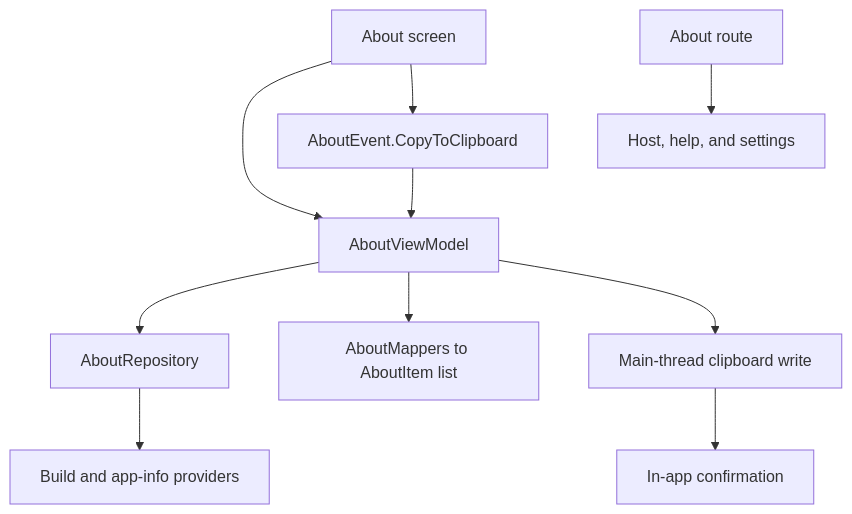
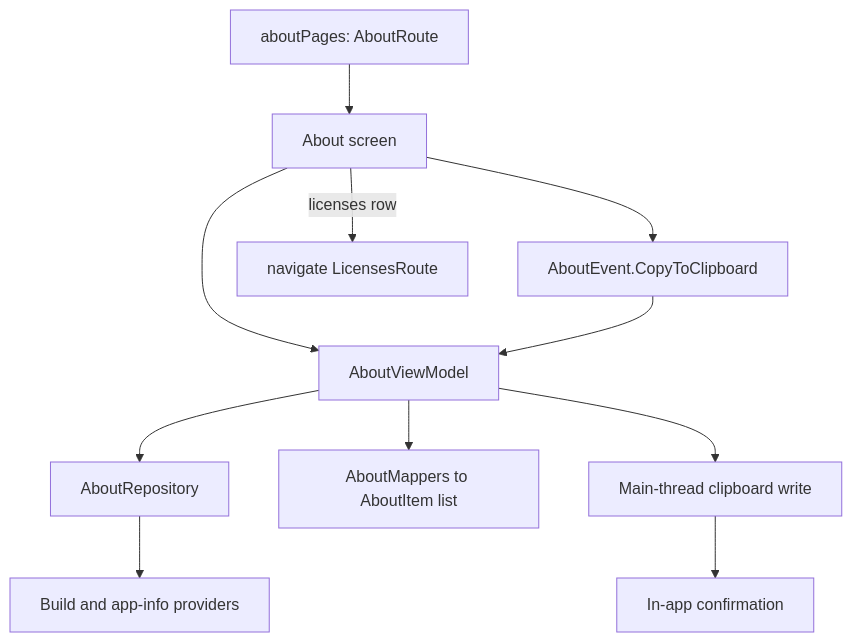
Before and after one commit to MihaiCristianCondrea/App-Toolkit-for-Android: the diagram in library/feature/about/README.md, drawn with Mermaid. The commit also changed other lines of this file and 84 other files, not shown here.

````diff
--- a/library/feature/about/README.md
+++ b/library/feature/about/README.md
@@ -47,12 +50,13 @@
 ```mermaid
 flowchart TD
     AboutScreen[About screen] --> AboutVM[AboutViewModel]
     AboutVM --> AboutRepo[AboutRepository]
     AboutRepo --> Build[Build and app-info providers]
     AboutVM --> Mapper[AboutMappers to AboutItem list]
     AboutScreen --> CopyEvent[AboutEvent.CopyToClipboard]
     CopyEvent --> AboutVM
     AboutVM --> Clipboard[Main-thread clipboard write]
     Clipboard --> Snackbar[In-app confirmation]
-    Routes[About route] --> Consumers[Host, help, and settings]
+    Page[aboutPages: AboutRoute] --> AboutScreen
+    AboutScreen -->|licenses row| Licenses[navigate LicensesRoute]
 ```
````
